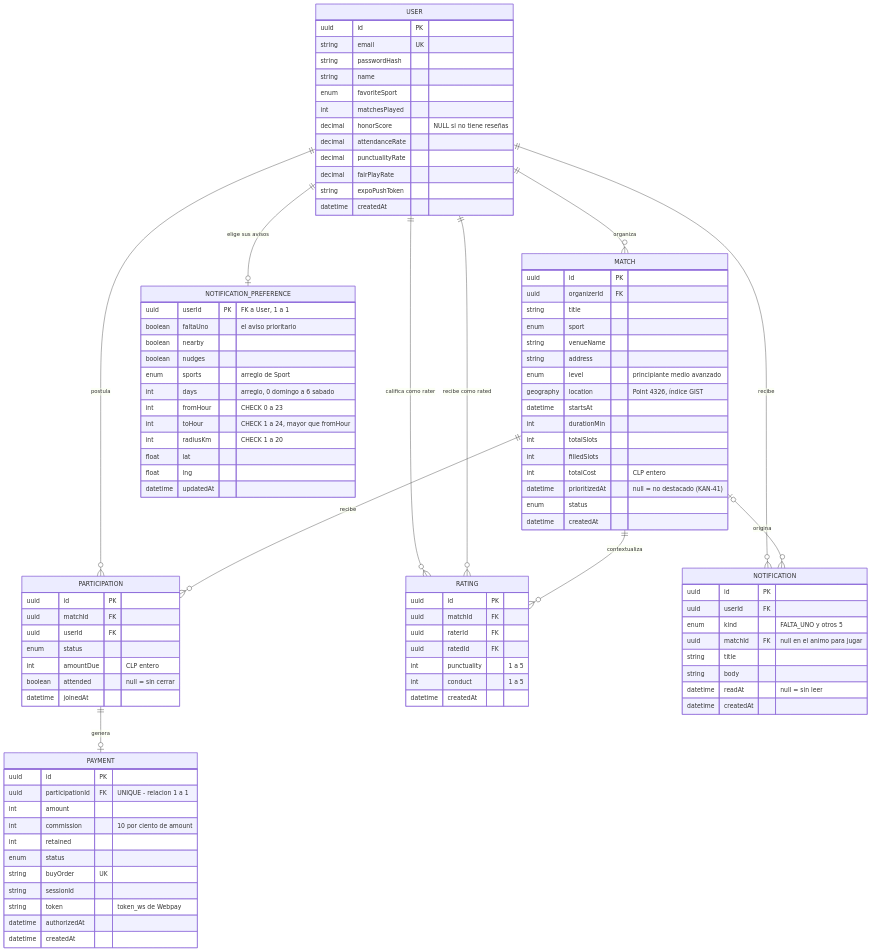
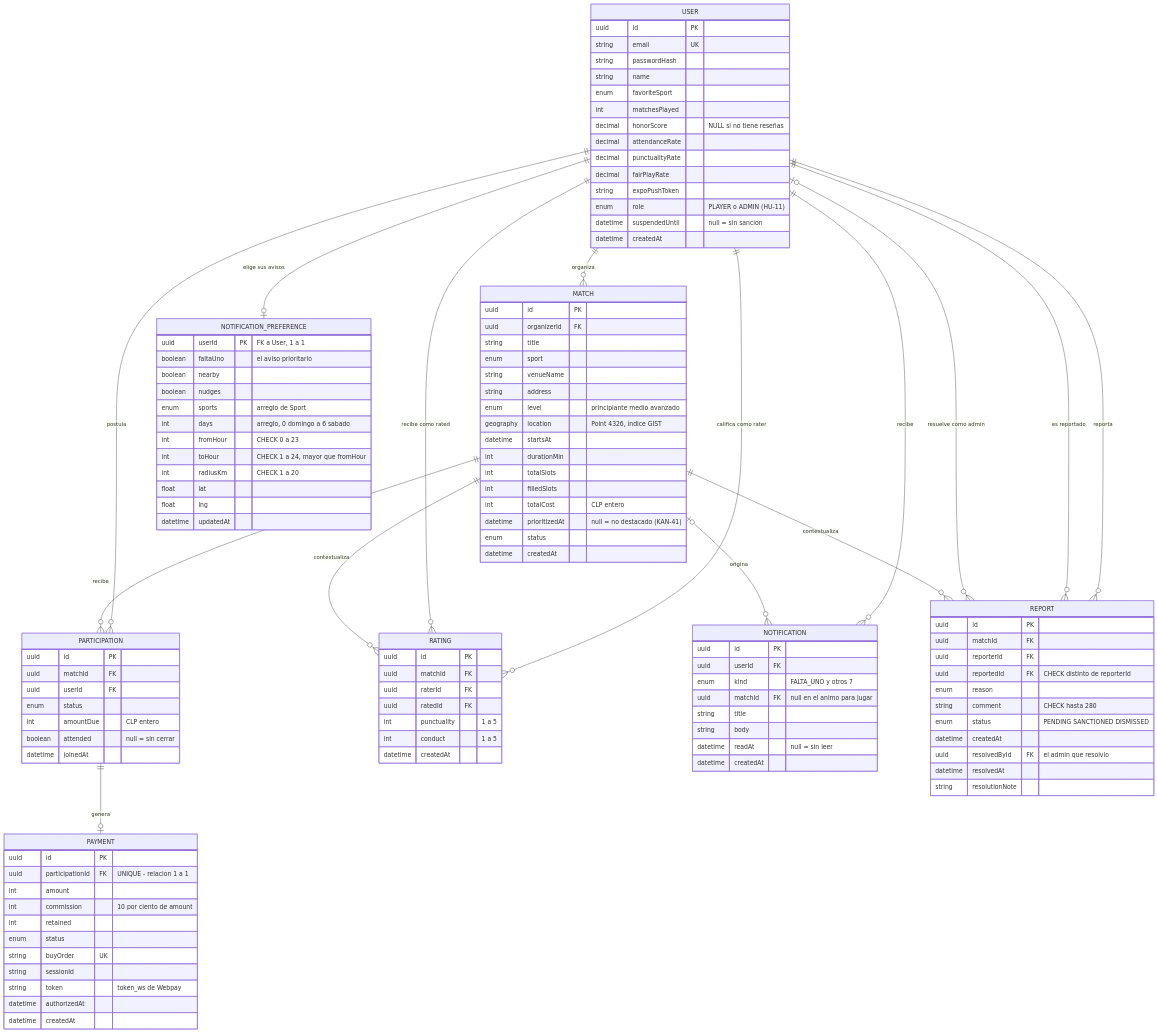
The diagram in fase-2-desarrollo/docs/diagramas/er-modelo-datos.mmd (avenaaaa/KANCHA), drawn with Mermaid before and after one commit. The commit also changed 35 other files, not shown here.

```diff
--- a/fase-2-desarrollo/docs/diagramas/er-modelo-datos.mmd
+++ b/fase-2-desarrollo/docs/diagramas/er-modelo-datos.mmd
@@ -1,105 +1,125 @@
 erDiagram
     USER ||--o{ MATCH : "organiza"
     USER ||--o{ PARTICIPATION : "postula"
     MATCH ||--o{ PARTICIPATION : "recibe"
     PARTICIPATION ||--o| PAYMENT : "genera"
     USER ||--o{ RATING : "califica como rater"
     USER ||--o{ RATING : "recibe como rated"
     MATCH ||--o{ RATING : "contextualiza"
     USER ||--o| NOTIFICATION_PREFERENCE : "elige sus avisos"
     USER ||--o{ NOTIFICATION : "recibe"
     MATCH |o--o{ NOTIFICATION : "origina"
+    USER ||--o{ REPORT : "reporta"
+    USER ||--o{ REPORT : "es reportado"
+    USER |o--o{ REPORT : "resuelve como admin"
+    MATCH ||--o{ REPORT : "contextualiza"
 
     USER {
         uuid     id PK
         string   email UK
         string   passwordHash
         string   name
         enum     favoriteSport
         int      matchesPlayed
         decimal  honorScore "NULL si no tiene reseñas"
         decimal  attendanceRate
         decimal  punctualityRate
         decimal  fairPlayRate
         string   expoPushToken
+        enum     role "PLAYER o ADMIN (HU-11)"
+        datetime suspendedUntil "null = sin sancion"
         datetime createdAt
     }
 
     MATCH {
         uuid      id PK
         uuid      organizerId FK
         string    title
         enum      sport
         string    venueName
         string    address
         enum      level "principiante medio avanzado"
         geography location "Point 4326, índice GIST"
         datetime  startsAt
         int       durationMin
         int       totalSlots
         int       filledSlots
         int       totalCost "CLP entero"
         datetime  prioritizedAt "null = no destacado (KAN-41)"
         enum      status
         datetime  createdAt
     }
 
     PARTICIPATION {
         uuid     id PK
         uuid     matchId FK
         uuid     userId FK
         enum     status
         int      amountDue "CLP entero"
         boolean  attended "null = sin cerrar"
         datetime joinedAt
     }
 
     RATING {
         uuid     id PK
         uuid     matchId FK
         uuid     raterId FK
         uuid     ratedId FK
         int      punctuality "1 a 5"
         int      conduct "1 a 5"
         datetime createdAt
     }
 
     PAYMENT {
         uuid     id PK
         uuid     participationId FK "UNIQUE - relacion 1 a 1"
         int      amount
         int      commission "10 por ciento de amount"
         int      retained
         enum     status
         string   buyOrder UK
         string   sessionId
         string   token "token_ws de Webpay"
         datetime authorizedAt
         datetime createdAt
     }
 
     NOTIFICATION_PREFERENCE {
         uuid     userId PK "FK a User, 1 a 1"
         boolean  faltaUno "el aviso prioritario"
         boolean  nearby
         boolean  nudges
         enum     sports "arreglo de Sport"
         int      days "arreglo, 0 domingo a 6 sabado"
         int      fromHour "CHECK 0 a 23"
         int      toHour "CHECK 1 a 24, mayor que fromHour"
         int      radiusKm "CHECK 1 a 20"
         float    lat
         float    lng
         datetime updatedAt
     }
 
     NOTIFICATION {
         uuid     id PK
         uuid     userId FK
-        enum     kind "FALTA_UNO y otros 5"
+        enum     kind "FALTA_UNO y otros 7"
         uuid     matchId FK "null en el animo para jugar"
         string   title
         string   body
         datetime readAt "null = sin leer"
         datetime createdAt
     }
+
+    REPORT {
+        uuid     id PK
+        uuid     matchId FK
+        uuid     reporterId FK
+        uuid     reportedId FK "CHECK distinto de reporterId"
+        enum     reason
+        string   comment "CHECK hasta 280"
+        enum     status "PENDING SANCTIONED DISMISSED"
+        datetime createdAt
+        uuid     resolvedById FK "el admin que resolvio"
+        datetime resolvedAt
+        string   resolutionNote
+    }
```
